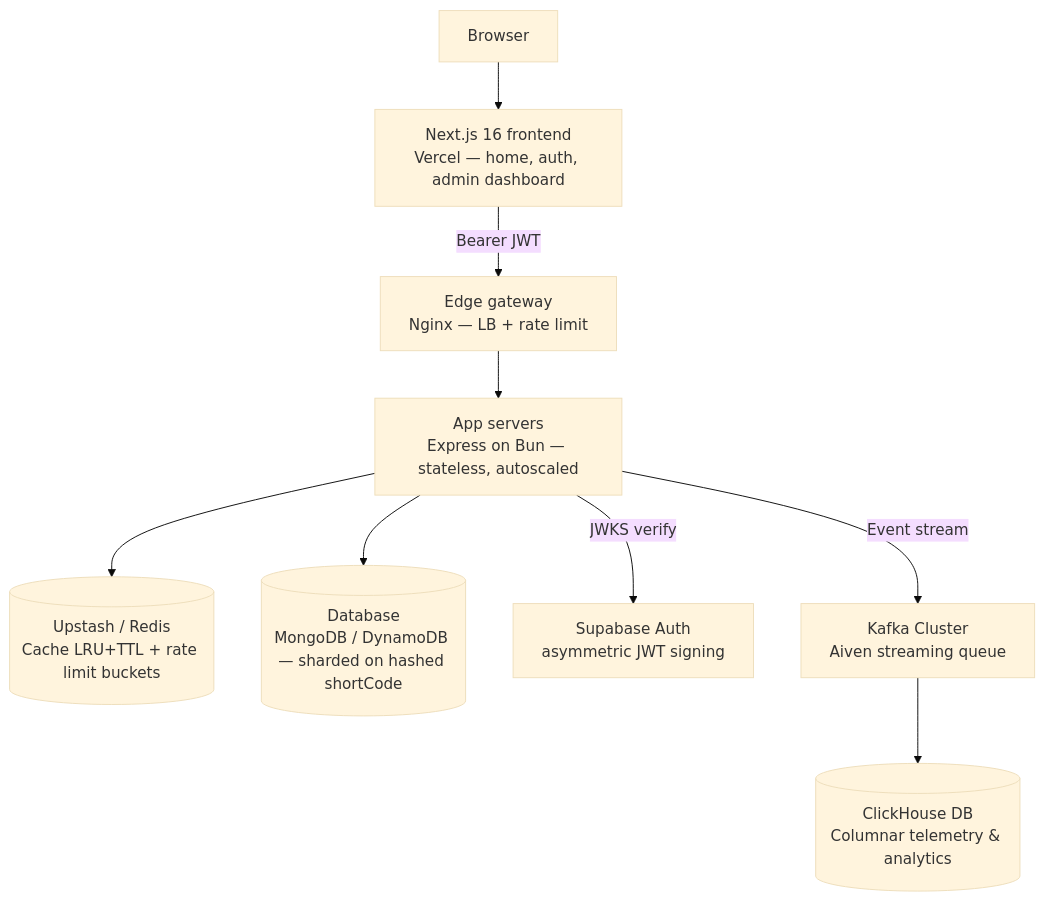
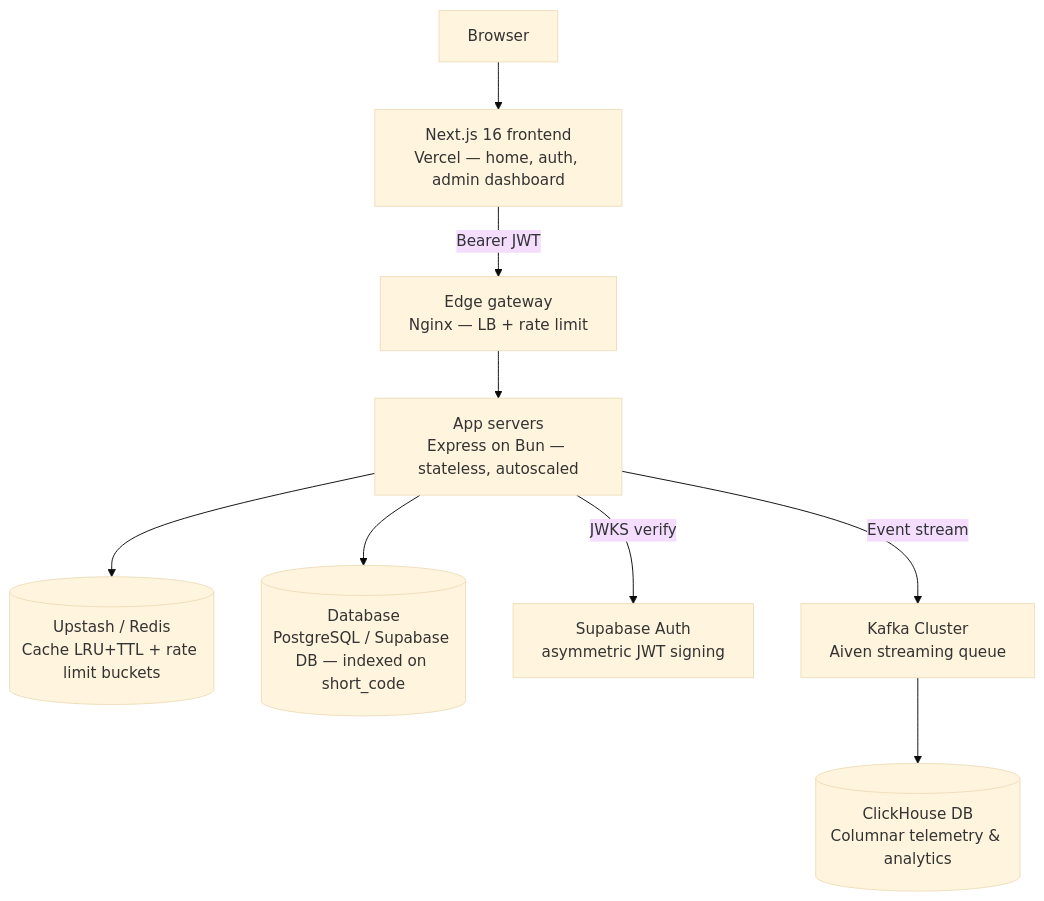
One commit to rahul-0407/url-shortner changed the diagram in Readme.md. Above: the diagram before and after it, drawn with Mermaid (base theme). The commit also changed other lines of this file and 1 other file, not shown here.

````diff
--- a/Readme.md
+++ b/Readme.md
@@ -17,14 +17,14 @@
 ```mermaid
 flowchart TD
     Browser[Browser]
     Browser --> FE[Next.js 16 frontend<br/>Vercel — home, auth, admin dashboard]
     FE -->|Bearer JWT| Gateway[Edge gateway<br/>Nginx — LB + rate limit]
     Gateway --> App[App servers<br/>Express on Bun — stateless, autoscaled]
 
     App --> Redis[(Upstash / Redis<br/>Cache LRU+TTL + rate limit buckets)]
-    App --> DB[(Database<br/>MongoDB / DynamoDB — sharded on hashed shortCode)]
+    App --> DB[(Database<br/>PostgreSQL / Supabase DB — indexed on short_code)]
     App -->|JWKS verify| Supabase[Supabase Auth<br/>asymmetric JWT signing]
 
     App -->|Event stream| Kafka[Kafka Cluster<br/>Aiven streaming queue]
     Kafka --> ClickHouse[(ClickHouse DB<br/>Columnar telemetry & analytics)]
 ```
````
